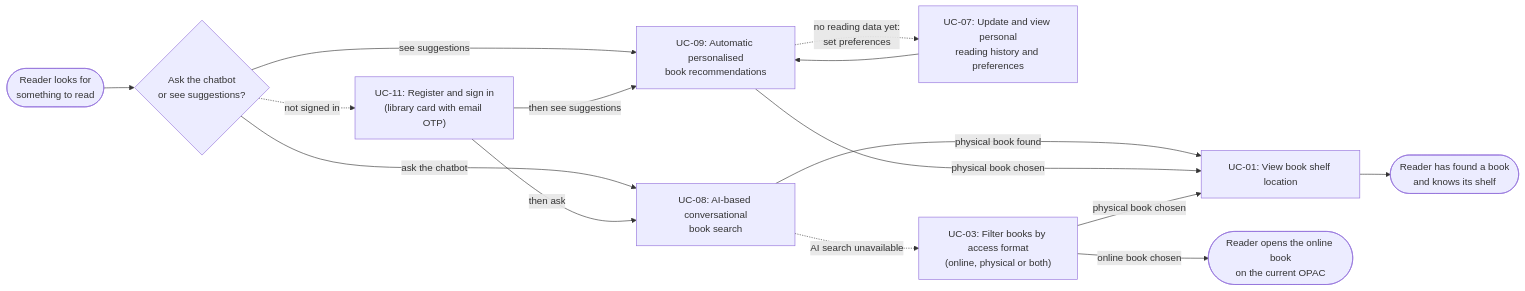
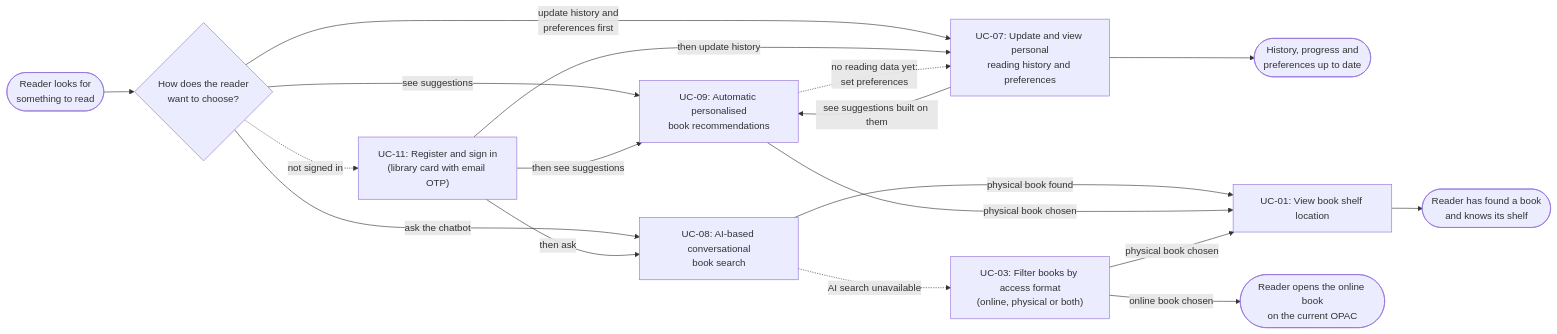
The second of 4 diagrams in [DBIZ 2] GROUP H/EXTERNAL DESIGN/usage-flow.md (chihvcte-beep/dbiz2-group-h), drawn with Mermaid before and after one commit. The commit also changed other lines of this file and 2 other files, not shown here.

First line of the commit message:
Usage flow: join the flows that had one use case per path

````diff
--- a/[DBIZ 2] GROUP H/EXTERNAL DESIGN/usage-flow.md
+++ b/[DBIZ 2] GROUP H/EXTERNAL DESIGN/usage-flow.md
@@ -83,17 +82,20 @@
 ```mermaid
 flowchart LR
-  A(["Reader looks for<br>something to read"]) --> D{"Ask the chatbot<br>or see suggestions?"}
+  A(["Reader looks for<br>something to read"]) --> D{"How does the reader<br>want to choose?"}
   D -->|"ask the chatbot"| U8["UC-08: AI-based conversational<br>book search"]
   D -->|"see suggestions"| U9["UC-09: Automatic personalised<br>book recommendations"]
+  D -->|"update history and<br>preferences first"| U7["UC-07: Update and view personal<br>reading history and preferences"]
   D -.->|"not signed in"| U11["UC-11: Register and sign in<br>(library card with email OTP)"]
   U11 -->|"then ask"| U8
   U11 -->|"then see suggestions"| U9
-  U9 -.->|"no reading data yet:<br>set preferences"| U7["UC-07: Update and view personal<br>reading history and preferences"]
-  U7 --> U9
+  U11 -->|"then update history"| U7
+  U9 -.->|"no reading data yet:<br>set preferences"| U7
+  U7 -->|"see suggestions built on them"| U9
+  U7 --> Z3(["History, progress and<br>preferences up to date"])
   U8 -.->|"AI search unavailable"| U3["UC-03: Filter books by access format<br>(online, physical or both)"]
   U8 -->|"physical book found"| U1["UC-01: View book shelf location"]
   U9 -->|"physical book chosen"| U1
   U3 -->|"physical book chosen"| U1
   U1 --> Z(["Reader has found a book<br>and knows its shelf"])
   U3 -->|"online book chosen"| Z2(["Reader opens the online book<br>on the current OPAC"])
 ```
````
